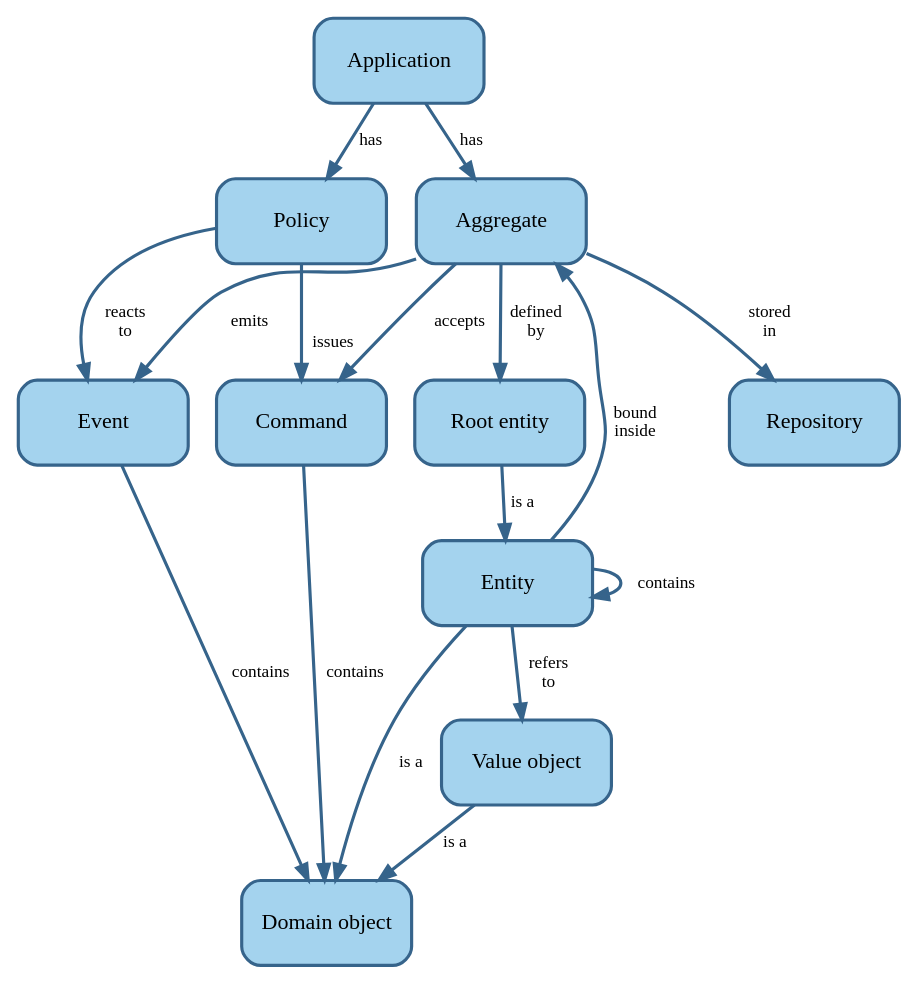
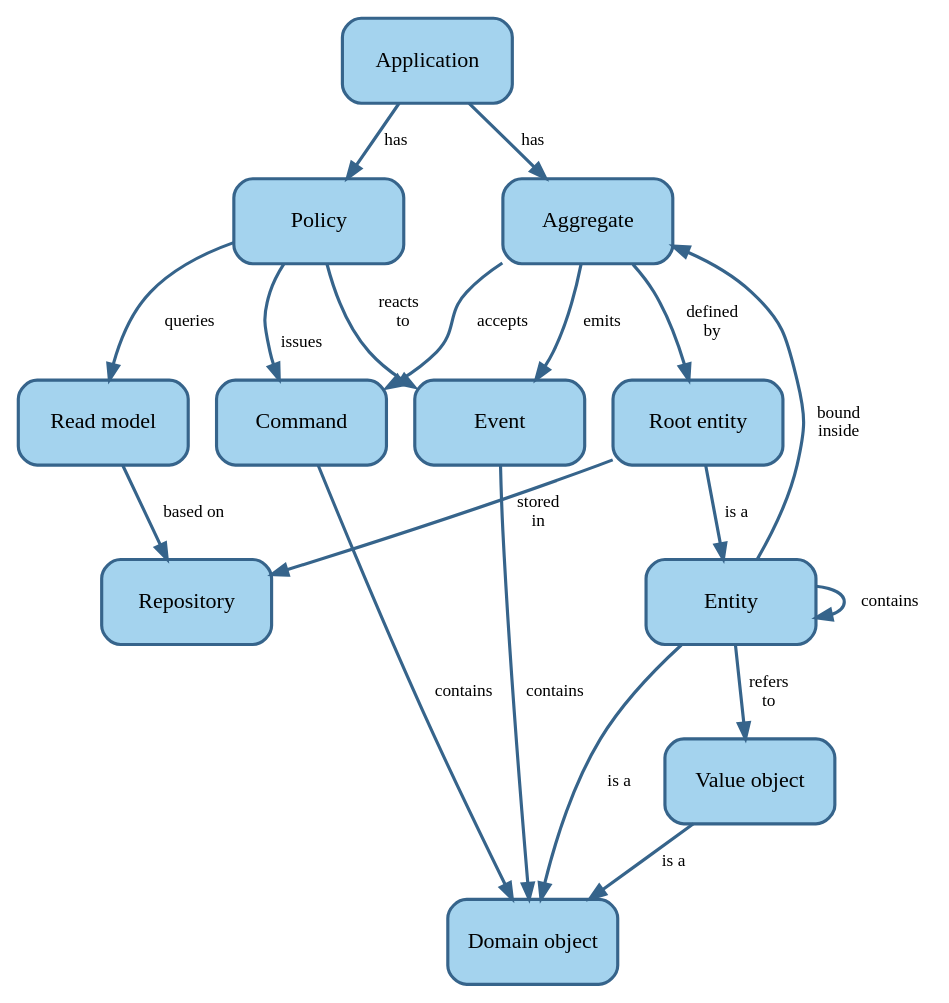
Before and after one commit to setms/book: the fourth of 4 diagrams in docs/requirements/analysis.md, drawn with Graphviz. The commit also changed other lines of this file, not shown here.

Commit message:
doc: Fix concept model

````diff
--- a/docs/requirements/analysis.md
+++ b/docs/requirements/analysis.md
@@ -222,27 +222,31 @@
 ```dot process
 digraph ddd_application_concept_map {
   node [shape=rect, style="rounded,filled", fixedsize=true, width=1.5, height=0.75, fillcolor=lightskyblue2,
     color=steelblue4, penwidth=2];
   edge [fontsize=11, color=steelblue4, penwidth=2];
 
+  Application -> Policy [label="has"];
+  Policy -> Event [label="reacts  \nto\n\n"];
+  Policy -> RM [label="queries       "];
+  RM [label="Read model"];
+  RM-> Repository [label="based on"];
   Application -> Aggregate [label="has"];
-  Application -> Policy [label="has"];
   Aggregate -> Event [label="emits    "];
-  Policy -> Event [label=" reacts\nto"];
   Policy -> Command [label="\n\n issues"];
-  Aggregate -> Command [label="accepts"];
-  Aggregate -> Repository [label="stored\nin"];
-  Aggregate -> RE [label=" defined\nby"];
+  Aggregate -> Command [label="accepts  "];
+  Aggregate -> RE [label="defined\nby"];
   RE[label="Root entity"];
   RE -> Entity [label=" is a"];
-  Entity -> DO [label="is a"];
+  RE -> Repository [label="stored\nin"];
+  Entity -> DO [label="is a   "];
   DO [label="Domain object"];
-  VO -> DO [label="is a"];
+  VO -> DO [label=" is a"];
   VO [label="Value object"];
-  Entity -> VO [label=" refers\nto"];
+  Entity -> VO [label="refers\nto"];
   Entity -> Entity [label="  contains"];
-  Entity -> Aggregate [label=" bound\n inside"];
+  Entity -> Aggregate [label="  bound\n  inside"];
   Command -> DO [label=" contains"];
-  Event -> DO [label="contains"];
+  Event -> DO [label=" contains"];
+
 }
 ```
````
